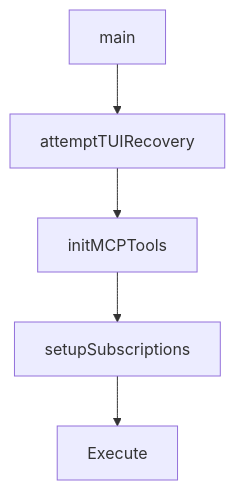
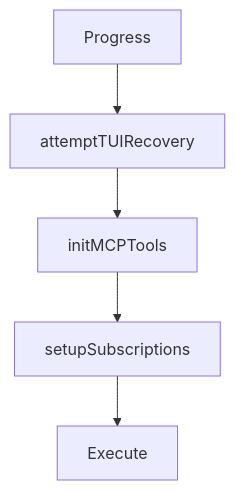
One commit to johnxie/awesome-code-docs changed the diagram in tutorials/opencode-ai-legacy-tutorial/03-installation-and-configuration-baseline.md. Above: the diagram before and after it, drawn with Mermaid. The commit also changed other lines of this file and 1232 other files, not shown here.

````diff
--- a/tutorials/opencode-ai-legacy-tutorial/03-installation-and-configuration-baseline.md
+++ b/tutorials/opencode-ai-legacy-tutorial/03-installation-and-configuration-baseline.md
@@ -195,12 +210,12 @@
 ```mermaid
 flowchart TD
-    A[main]
+    A[Progress]
     B[attemptTUIRecovery]
     C[initMCPTools]
     D[setupSubscriptions]
     E[Execute]
     A --> B
     B --> C
     C --> D
     D --> E
 ```
````
